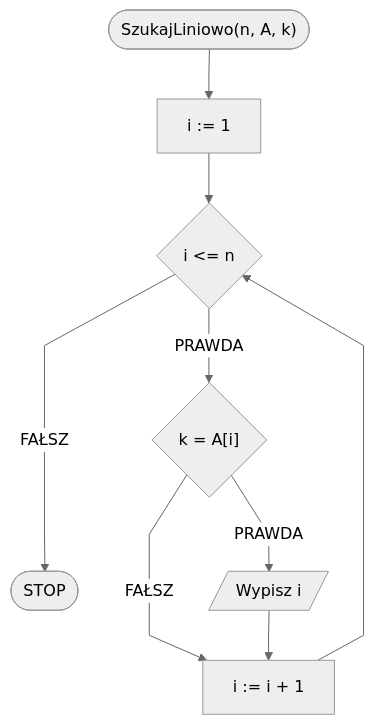
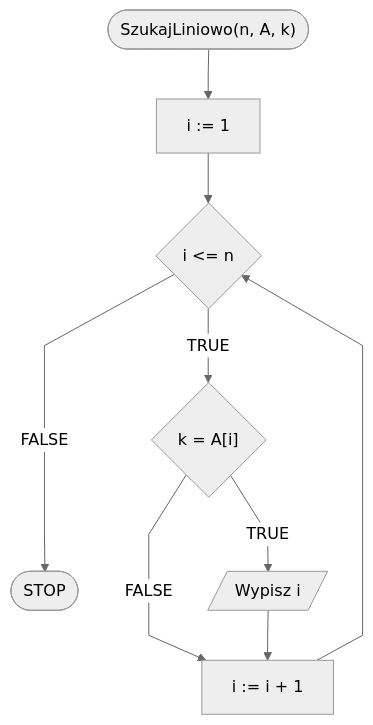
The third of 3 diagrams in docs/algorithms/searching/linear-search.md (blackbat13/edu-cs-htiew-en), drawn with Mermaid before and after one commit. The commit also changed other lines of this file and 682 other files, not shown here.

````diff
--- a/docs/algorithms/searching/linear-search.md
+++ b/docs/algorithms/searching/linear-search.md
@@ -276,12 +276,12 @@
 ```mermaid
 %%{init: {"flowchart": {"curve": "linear"}, "theme": "neutral"} }%%
 flowchart TD
 	START(["SzukajLiniowo(n, A, k)"]) --> B[i := 1]
 	B --> C{i <= n}
-	C -- FAŁSZ ---> STOP([STOP])
-	C -- PRAWDA --> E{"k = A[i]"}
-	E -- PRAWDA --> F[/Wypisz i/]
-	E -- FAŁSZ --> G[i := i + 1]
+	C -- FALSE ---> STOP([STOP])
+	C -- TRUE --> E{"k = A[i]"}
+	E -- TRUE --> F[/Wypisz i/]
+	E -- FALSE --> G[i := i + 1]
 	F --> G
 	G --> C
 ```
````
